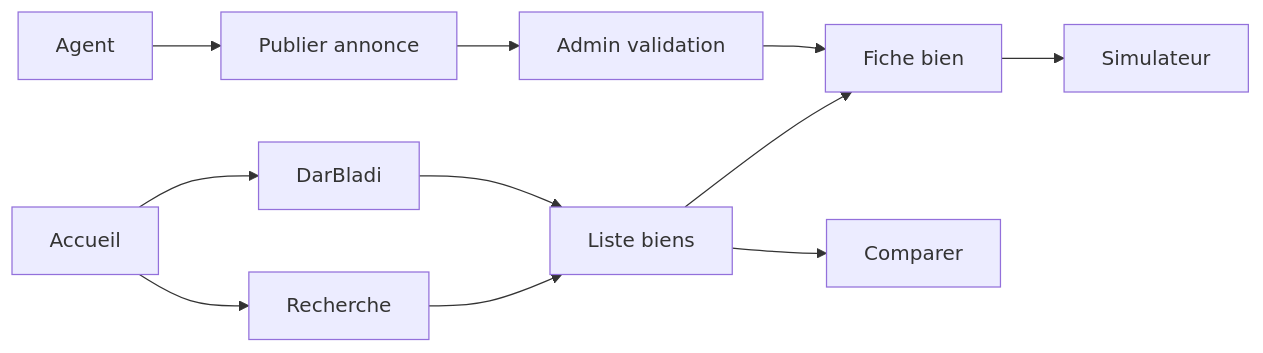
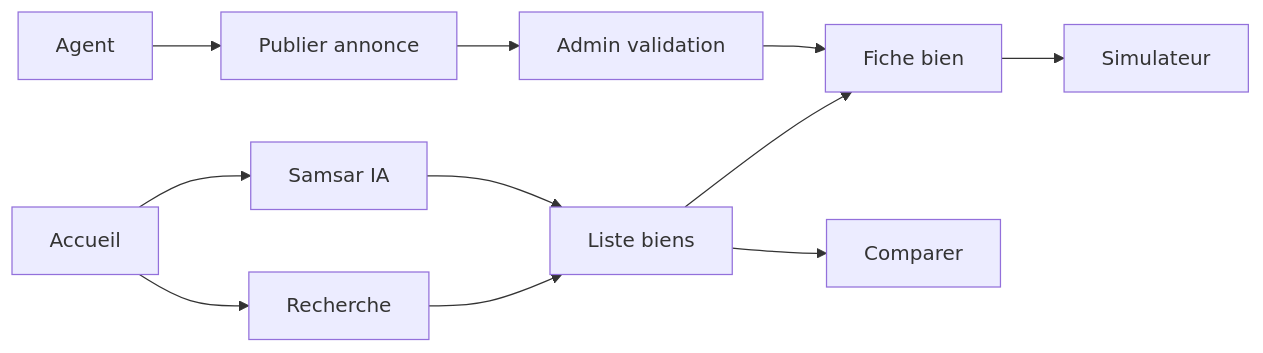
The first of 2 diagrams in docs/USER_FLOWS.md (drissaj97/immo), drawn with Mermaid before and after one commit. The commit also changed other lines of this file and 100 other files, not shown here.

First line of the commit message:
Rebrand DarBladi → Samsar IA (v1.4.0)

````diff
--- a/docs/USER_FLOWS.md
+++ b/docs/USER_FLOWS.md
@@ -5,13 +5,13 @@
 ```mermaid
 flowchart LR
     A[Accueil] --> B[Recherche]
-    A --> C[DarBladi]
+    A --> C[Samsar IA]
     B --> D[Liste biens]
     C --> D
     D --> E[Fiche bien]
     D --> F[Comparer]
     E --> G[Simulateur]
     H[Agent] --> I[Publier annonce]
     I --> J[Admin validation]
     J --> E
 ```
````
